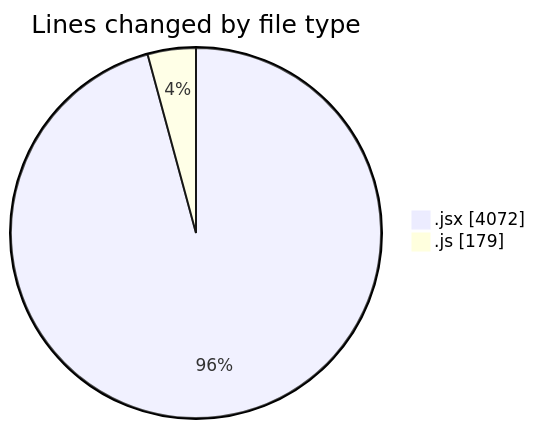
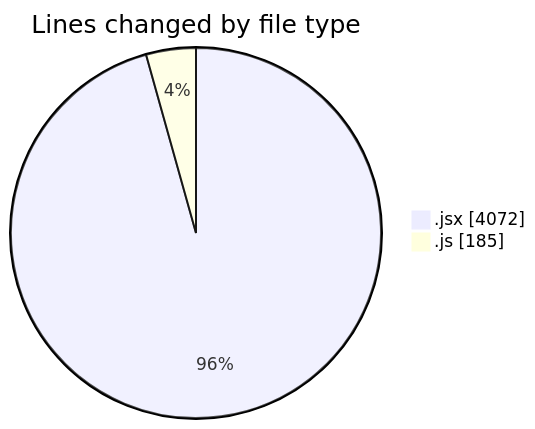
One commit to nxtqubesakshisongat/code-tracking changed the first of 2 diagrams in 2025-07-24/nxtqube_webapp/README.md. Above: the diagram before and after it, drawn with Mermaid. The commit also changed other lines of this file and 1 other file, not shown here.

````diff
--- a/2025-07-24/nxtqube_webapp/README.md
+++ b/2025-07-24/nxtqube_webapp/README.md
@@ -25,6 +25,6 @@
 ```mermaid
 pie showData
 title Lines changed by file type
 ".jsx" : 4072
-".js" : 179
+".js" : 185
 ```
````
